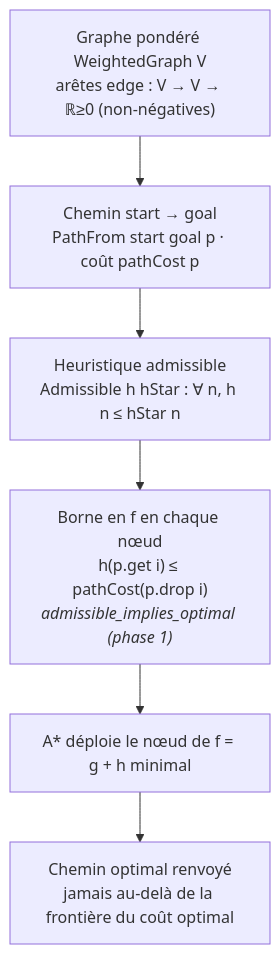
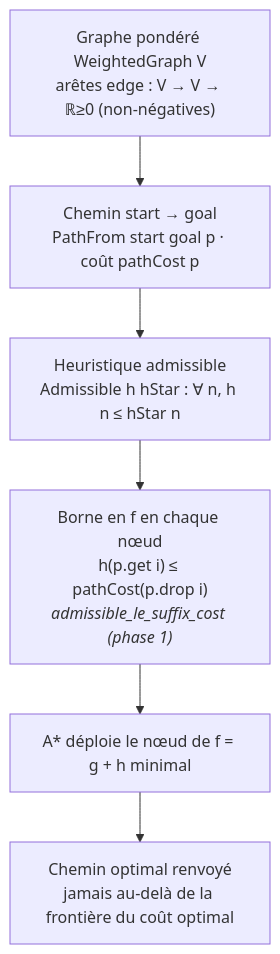
Before and after one commit to jsboige/CoursIA: the first of 2 diagrams in MyIA.AI.Notebooks/Search/search_lean/README.md, drawn with Mermaid. The commit also changed other lines of this file and 6 other files, not shown here.

First line of the commit message:
docs(lean,#14893): purge des references residuelles a admissible_implies_optimal apres renommage #14864

````diff
--- a/MyIA.AI.Notebooks/Search/search_lean/README.md
+++ b/MyIA.AI.Notebooks/Search/search_lean/README.md
@@ -85,15 +85,15 @@
 ```mermaid
 flowchart TD
     WG["Graphe pondéré WeightedGraph V<br/>arêtes edge : V → V → ℝ≥0 (non-négatives)"]
     PATH["Chemin start → goal<br/>PathFrom start goal p · coût pathCost p"]
     HADM["Heuristique admissible<br/>Admissible h hStar : ∀ n, h n ≤ hStar n"]
-    BOUND["Borne en f en chaque nœud<br/>h(p.get i) ≤ pathCost(p.drop i)<br/><i>admissible_implies_optimal (phase 1)</i>"]
+    BOUND["Borne en f en chaque nœud<br/>h(p.get i) ≤ pathCost(p.drop i)<br/><i>admissible_le_suffix_cost (phase 1)</i>"]
     STAR["A* déploie le nœud de f = g + h minimal"]
     OPT["Chemin optimal renvoyé<br/>jamais au-delà de la frontière du coût optimal"]
 
     WG --> PATH
     PATH --> HADM
     HADM --> BOUND
     BOUND --> STAR
     STAR --> OPT
 ```
````
